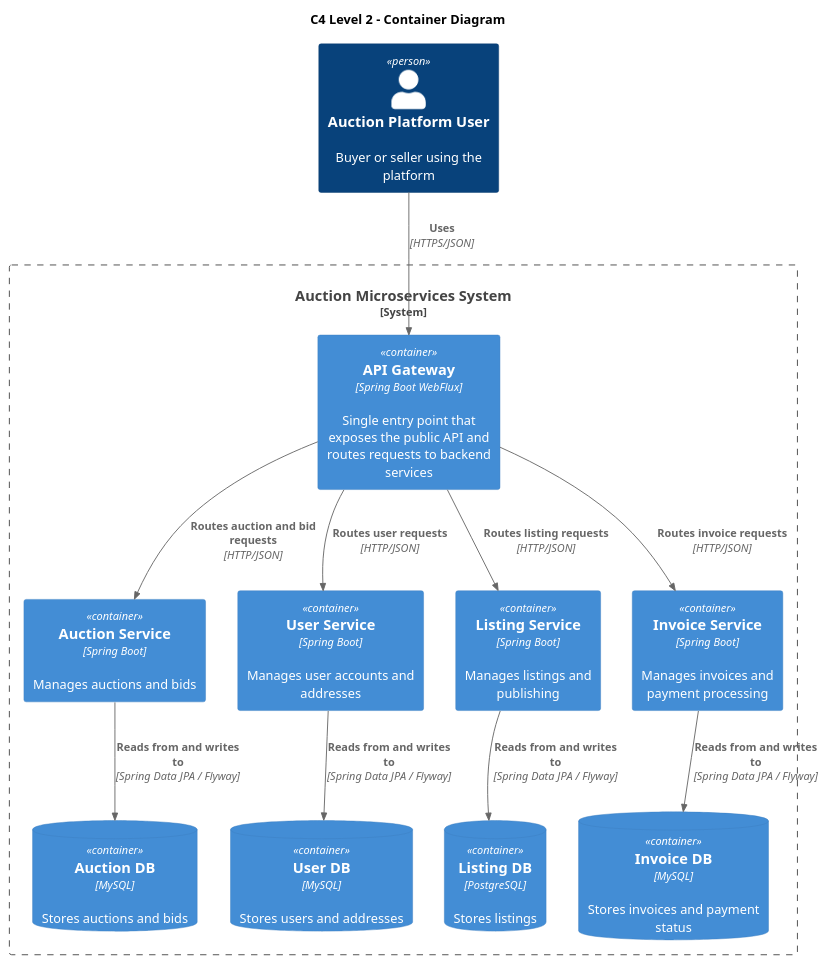
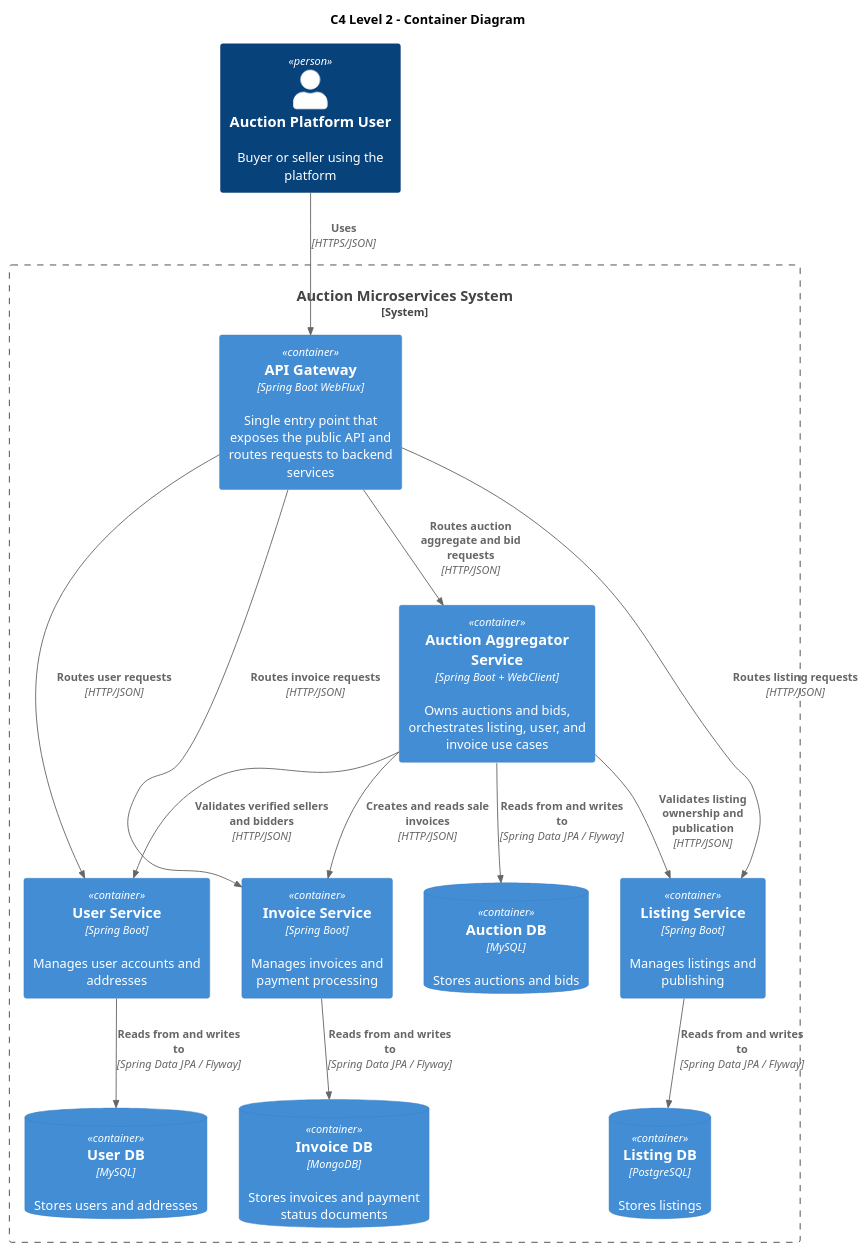
Before and after one commit to Noah-tdf/AuctionMicroservice: the diagram in diagrams/C4_Level2_container.puml, drawn with PlantUML. The commit also changed 56 other files, not shown here.

```diff
--- a/diagrams/C4_Level2_container.puml
+++ b/diagrams/C4_Level2_container.puml
@@ -1,36 +1,40 @@
 @startuml
 !include https://raw.githubusercontent.com/plantuml-stdlib/C4-PlantUML/master/C4_Container.puml
 
 LAYOUT_TOP_DOWN()
 
 title C4 Level 2 - Container Diagram
 
 Person(user, "Auction Platform User", "Buyer or seller using the platform")
 
 System_Boundary(auctionSystem, "Auction Microservices System") {
     Container(apiGateway, "API Gateway", "Spring Boot WebFlux", "Single entry point that exposes the public API and routes requests to backend services")
 
-    Container(auctionService, "Auction Service", "Spring Boot", "Manages auctions and bids")
+    Container(auctionService, "Auction Aggregator Service", "Spring Boot + WebClient", "Owns auctions and bids, orchestrates listing, user, and invoice use cases")
     Container(userService, "User Service", "Spring Boot", "Manages user accounts and addresses")
     Container(listingService, "Listing Service", "Spring Boot", "Manages listings and publishing")
     Container(invoiceService, "Invoice Service", "Spring Boot", "Manages invoices and payment processing")
 
     ContainerDb(auctionDb, "Auction DB", "MySQL", "Stores auctions and bids")
     ContainerDb(userDb, "User DB", "MySQL", "Stores users and addresses")
     ContainerDb(listingDb, "Listing DB", "PostgreSQL", "Stores listings")
-    ContainerDb(invoiceDb, "Invoice DB", "MySQL", "Stores invoices and payment status")
+    ContainerDb(invoiceDb, "Invoice DB", "MongoDB", "Stores invoices and payment status documents")
 }
 
 Rel(user, apiGateway, "Uses", "HTTPS/JSON")
 
-Rel(apiGateway, auctionService, "Routes auction and bid requests", "HTTP/JSON")
+Rel(apiGateway, auctionService, "Routes auction aggregate and bid requests", "HTTP/JSON")
 Rel(apiGateway, userService, "Routes user requests", "HTTP/JSON")
 Rel(apiGateway, listingService, "Routes listing requests", "HTTP/JSON")
 Rel(apiGateway, invoiceService, "Routes invoice requests", "HTTP/JSON")
+
+Rel(auctionService, userService, "Validates verified sellers and bidders", "HTTP/JSON")
+Rel(auctionService, listingService, "Validates listing ownership and publication", "HTTP/JSON")
+Rel(auctionService, invoiceService, "Creates and reads sale invoices", "HTTP/JSON")
 
 Rel(auctionService, auctionDb, "Reads from and writes to", "Spring Data JPA / Flyway")
 Rel(userService, userDb, "Reads from and writes to", "Spring Data JPA / Flyway")
 Rel(listingService, listingDb, "Reads from and writes to", "Spring Data JPA / Flyway")
 Rel(invoiceService, invoiceDb, "Reads from and writes to", "Spring Data JPA / Flyway")
 
 @enduml
```
